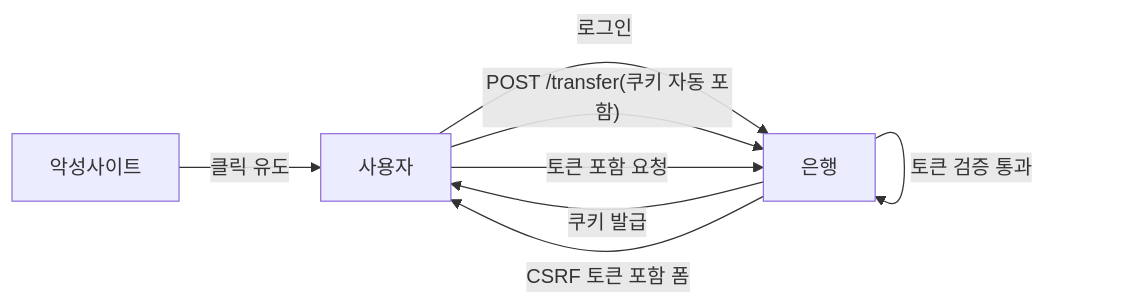
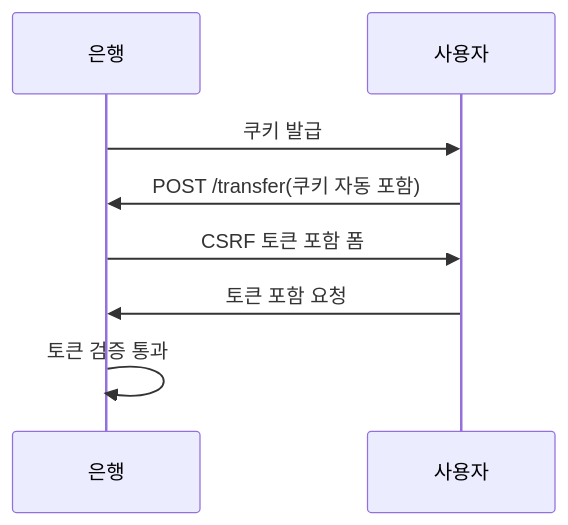
The sixth of 7 diagrams in _posts/spring/2026-05-02-spring-security-deep.md (yjkim2015/yjkim2015.github.io), drawn with Mermaid before and after one commit. The commit also changed other lines of this file and 89 other files, not shown here.

First line of the commit message:
복잡한 flowchart 163개 → sequenceDiagram 변환 (90파일)

````diff
--- a/_posts/spring/2026-05-02-spring-security-deep.md
+++ b/_posts/spring/2026-05-02-spring-security-deep.md
@@ -428,10 +426,8 @@
 ```mermaid
-graph LR
-    U["사용자"] -->|"로그인"| B["은행"]
-    B -->|"쿠키 발급"| U
-    M["악성사이트"] -->|"클릭 유도"| U
-    U -->|"POST /transfer(쿠키 자동 포함)"| B
-    B -->|"CSRF 토큰 포함 폼"| U
-    U -->|"토큰 포함 요청"| B
-    B -->|"토큰 검증 통과"| B
+sequenceDiagram
+    은행->>사용자: 쿠키 발급
+    사용자->>은행: POST /transfer(쿠키 자동 포함)
+    은행->>사용자: CSRF 토큰 포함 폼
+    사용자->>은행: 토큰 포함 요청
+    은행->>은행: 토큰 검증 통과
 ```
````
